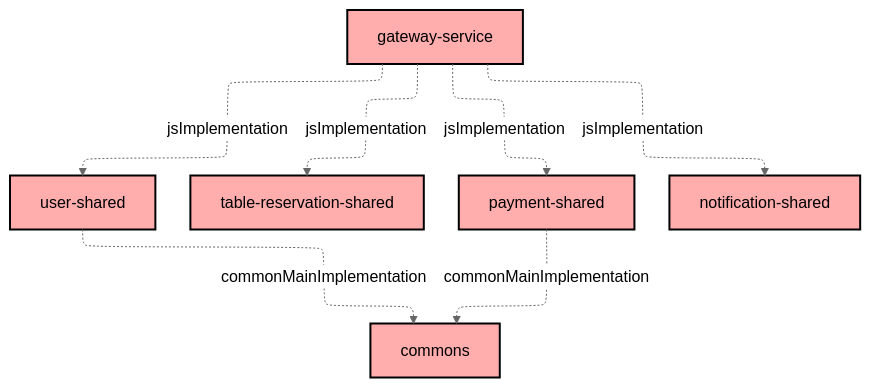
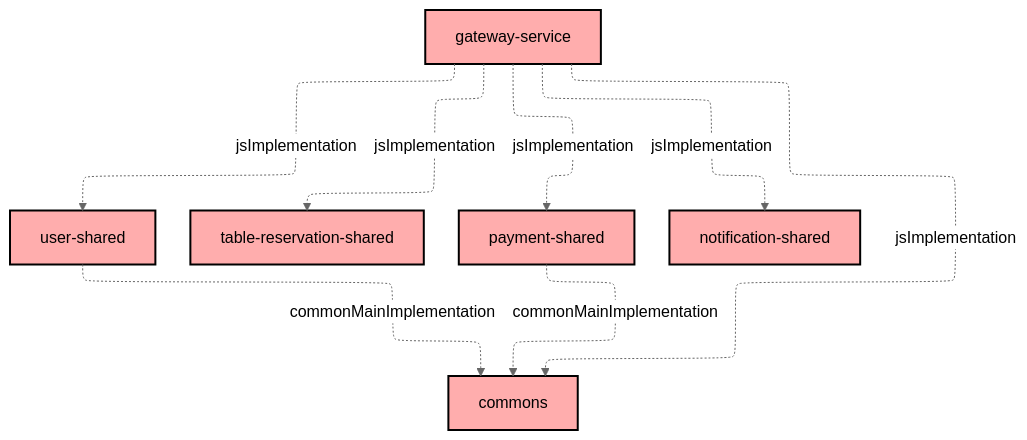
One commit to Norby99/munchies changed the diagram in gateway-service/README.md. Above: the diagram before and after it, drawn with Mermaid (neutral theme). The commit also changed 1 other file, not shown here.

Commit message:
docs: update dependencies

````diff
--- a/gateway-service/README.md
+++ b/gateway-service/README.md
@@ -6,24 +6,25 @@
 ```mermaid
 ---
 config:
   layout: elk
   elk:
     nodePlacementStrategy: SIMPLE
 ---
 graph TB
   :user-shared[user-shared]:::unknown
   :table-reservation-shared[table-reservation-shared]:::unknown
   :payment-shared[payment-shared]:::unknown
   :notification-shared[notification-shared]:::unknown
   :gateway-service[gateway-service]:::unknown
   :commons[commons]:::unknown
 
+  :gateway-service -.->|jsImplementation| :commons
   :gateway-service -.->|jsImplementation| :notification-shared
   :gateway-service -.->|jsImplementation| :payment-shared
   :gateway-service -.->|jsImplementation| :table-reservation-shared
   :gateway-service -.->|jsImplementation| :user-shared
   :payment-shared -.->|commonMainImplementation| :commons
   :user-shared -.->|commonMainImplementation| :commons
 
 classDef unknown fill:#FFADAD,stroke:#000,stroke-width:2px,color:#000;
 ```
````
